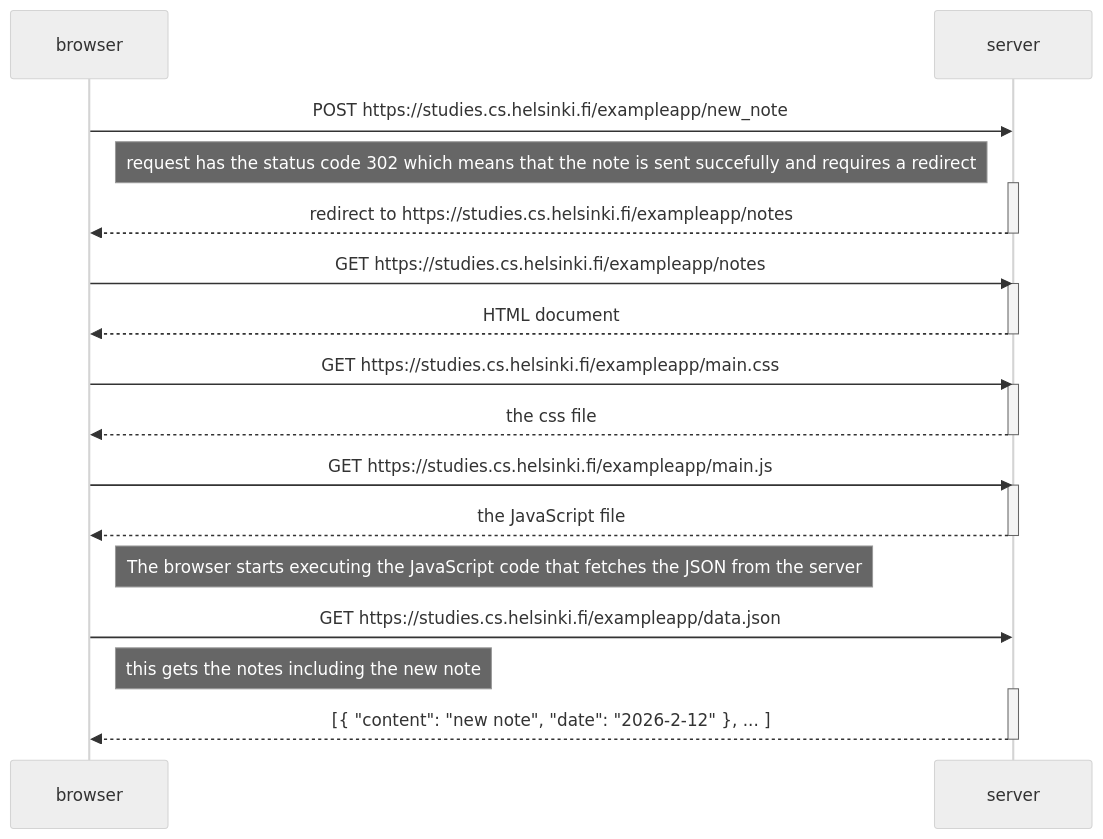
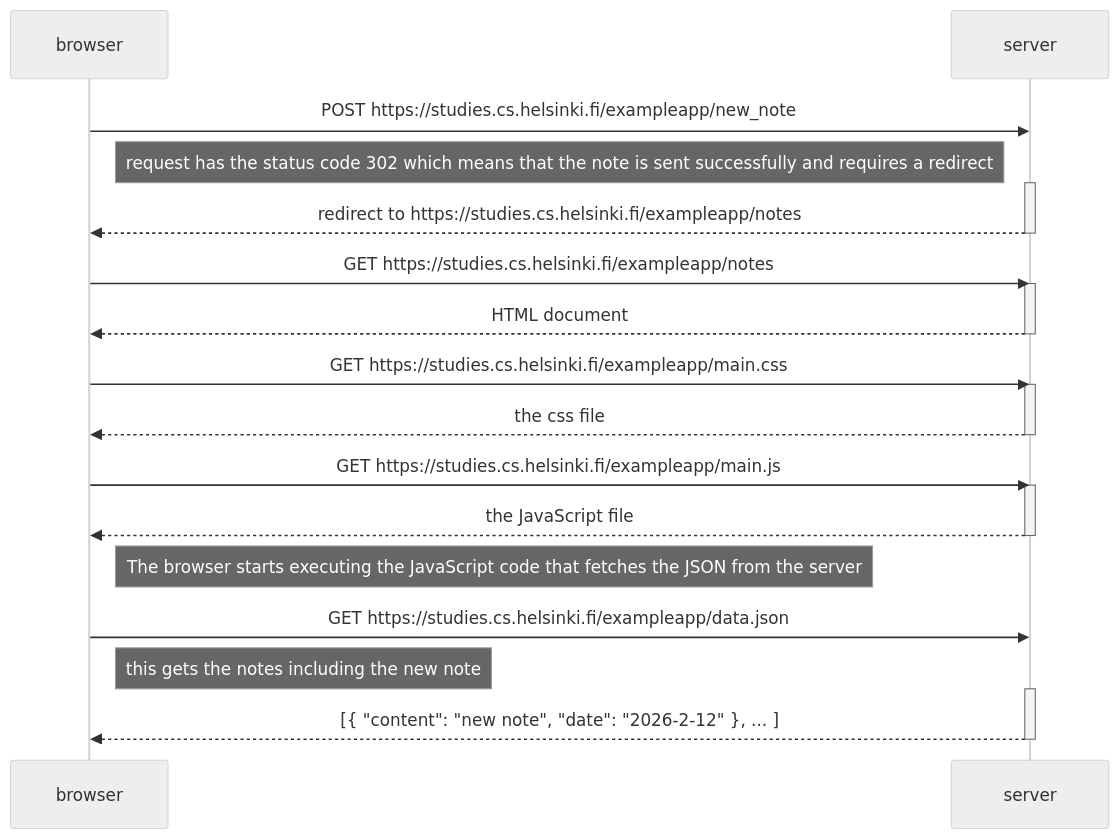
Before and after one commit to hammam-elsheikh/full-stack-open-exercises: the diagram in part0/0.4_new_note_diagram.md, drawn with Mermaid (neutral theme).

Commit message:
Fix typo in note diagram description

````diff
--- a/part0/0.4_new_note_diagram.md
+++ b/part0/0.4_new_note_diagram.md
@@ -3,34 +3,34 @@
 ```mermaid
 sequenceDiagram
     participant browser
     participant server
 
     browser->>server: POST https://studies.cs.helsinki.fi/exampleapp/new_note
-    Note right of browser: request has the status code 302 which means that the note is sent succefully and requires a redirect
+    Note right of browser: request has the status code 302 which means that the note is sent successfully and requires a redirect
     activate server
     server-->>browser: redirect to https://studies.cs.helsinki.fi/exampleapp/notes
     deactivate server
 
     browser->>server: GET https://studies.cs.helsinki.fi/exampleapp/notes
     activate server
     server-->>browser: HTML document
     deactivate server
 
     browser->>server: GET https://studies.cs.helsinki.fi/exampleapp/main.css
     activate server
     server-->>browser: the css file
     deactivate server
 
     browser->>server: GET https://studies.cs.helsinki.fi/exampleapp/main.js
     activate server
     server-->>browser: the JavaScript file
     deactivate server
 
     Note right of browser: The browser starts executing the JavaScript code that fetches the JSON from the server
 
     browser->>server: GET https://studies.cs.helsinki.fi/exampleapp/data.json
     Note right of browser: this gets the notes including the new note
     activate server
     server-->>browser: [{ "content": "new note", "date": "2026-2-12" }, ... ]
     deactivate server
 ```
````
